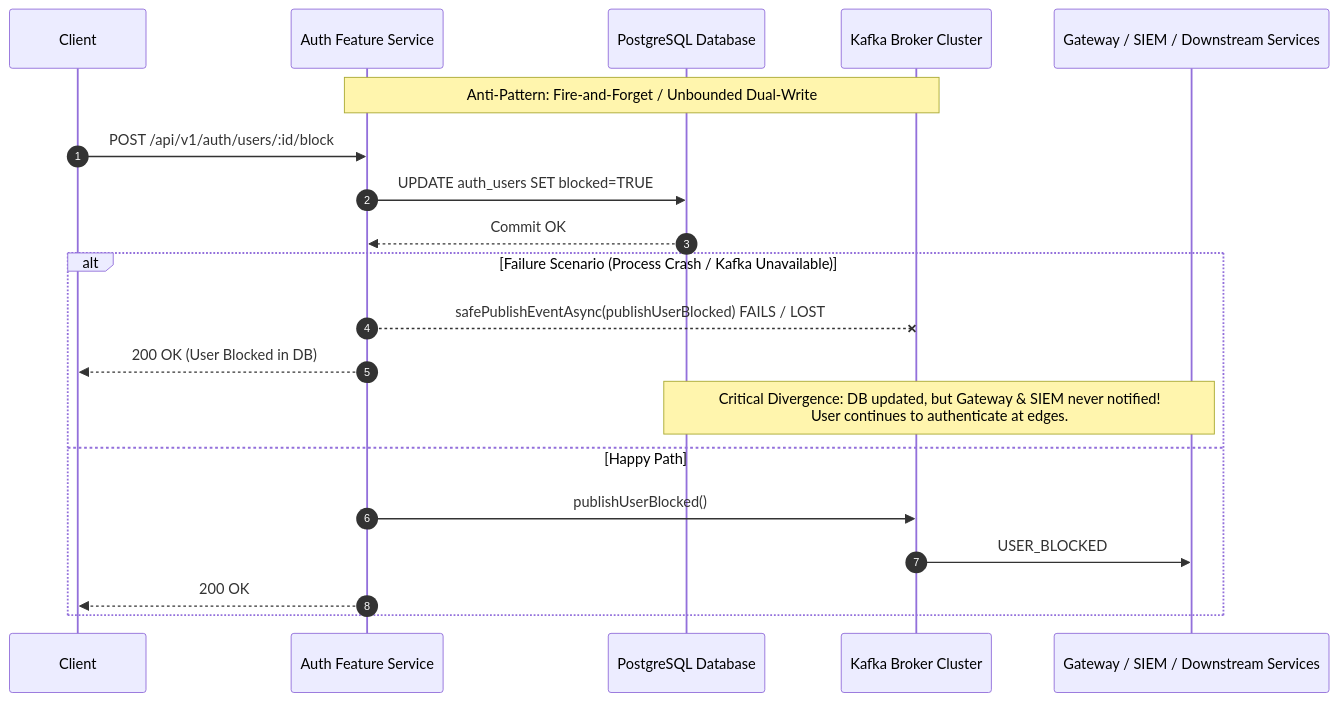
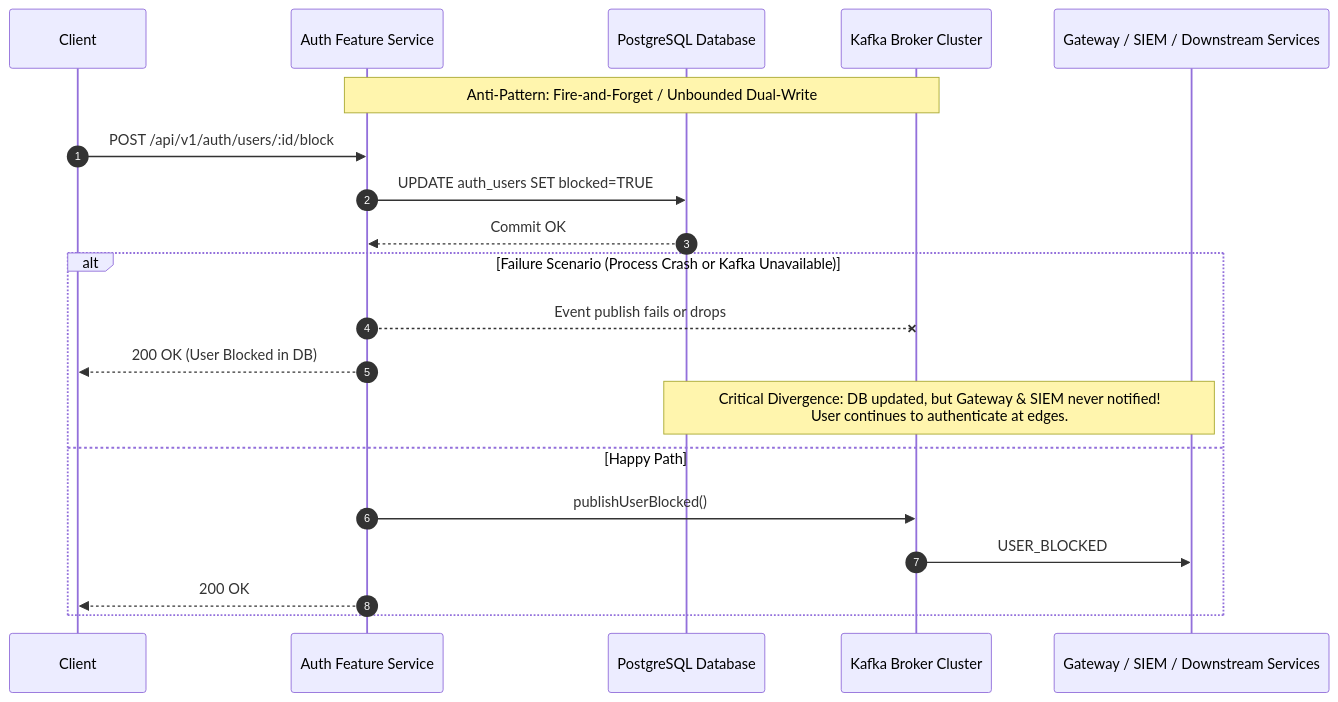
One commit to Scaibu/auth changed the first of 7 diagrams in adr/0045-transactional-outbox-kafka-event-pipeline.md. Above: the diagram before and after it, drawn with Mermaid. The commit also changed other lines of this file, not shown here.

Commit message:
fix(docs): resolve mermaid sequence diagram syntax errors in ADR 0045

````diff
--- a/adr/0045-transactional-outbox-kafka-event-pipeline.md
+++ b/adr/0045-transactional-outbox-kafka-event-pipeline.md
@@ -62,23 +62,23 @@
 ```mermaid
 sequenceDiagram
     autonumber
     participant Client
     participant Service as Auth Feature Service
     participant DB as PostgreSQL Database
     participant Kafka as Kafka Broker Cluster
     participant Downstream as Gateway / SIEM / Downstream Services
 
     Note over Service,Kafka: Anti-Pattern: Fire-and-Forget / Unbounded Dual-Write
     Client->>Service: POST /api/v1/auth/users/:id/block
     Service->>DB: UPDATE auth_users SET blocked=TRUE
     DB-->>Service: Commit OK
-    alt Failure Scenario (Process Crash / Kafka Unavailable)
-        Service--xKafka: safePublishEventAsync(publishUserBlocked) FAILS / LOST
+    alt Failure Scenario (Process Crash or Kafka Unavailable)
+        Service--xKafka: Event publish fails or drops
         Service-->>Client: 200 OK (User Blocked in DB)
         Note over DB,Downstream: Critical Divergence: DB updated, but Gateway & SIEM never notified!<br/>User continues to authenticate at edges.
     else Happy Path
         Service->>Kafka: publishUserBlocked()
         Kafka->>Downstream: USER_BLOCKED
         Service-->>Client: 200 OK
     end
 ```
````
